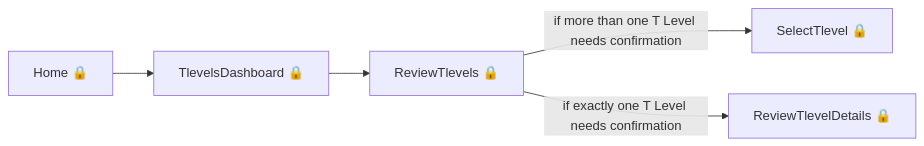
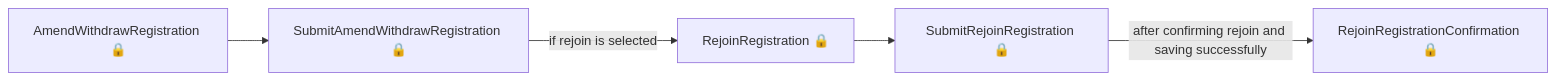
The fourth of 7 diagrams in tl-results-and-certification/user-journeys/user-journeys.md (talentconsulting/atlas-dfe), drawn with Mermaid before and after one commit. The commit also changed other lines of this file and 36 other files, not shown here.

````diff
--- a/tl-results-and-certification/user-journeys/user-journeys.md
+++ b/tl-results-and-certification/user-journeys/user-journeys.md
@@ -22,7 +62,7 @@
 ```mermaid
 flowchart LR
-  p0["Home 🔒"] --> p1["TlevelsDashboard 🔒"]
-  p1["TlevelsDashboard 🔒"] --> p2["ReviewTlevels 🔒"]
-  p2["ReviewTlevels 🔒"] -->|"if more than one T Level needs confirmation"| p3["SelectTlevel 🔒"]
-  p2["ReviewTlevels 🔒"] -->|"if exactly one T Level needs confirmation"| p4["ReviewTlevelDetails 🔒"]
+  p0["AmendWithdrawRegistration 🔒"] --> p1["SubmitAmendWithdrawRegistration 🔒"]
+  p1["SubmitAmendWithdrawRegistration 🔒"] -->|"if rejoin is selected"| p2["RejoinRegistration 🔒"]
+  p2["RejoinRegistration 🔒"] --> p3["SubmitRejoinRegistration 🔒"]
+  p3["SubmitRejoinRegistration 🔒"] -->|"after confirming rejoin and saving successfully"| p4["RejoinRegistrationConfirmation 🔒"]
 ```
````
